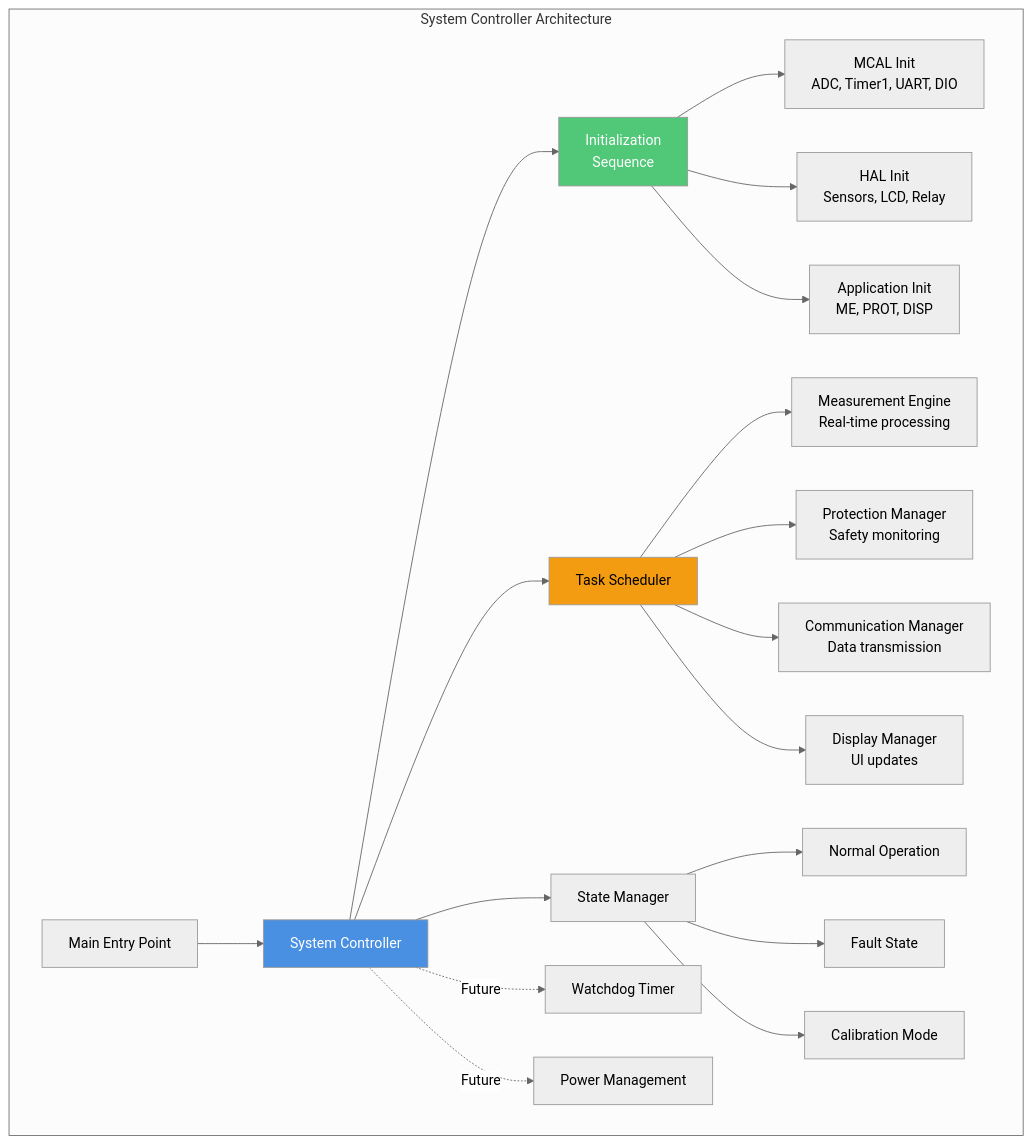
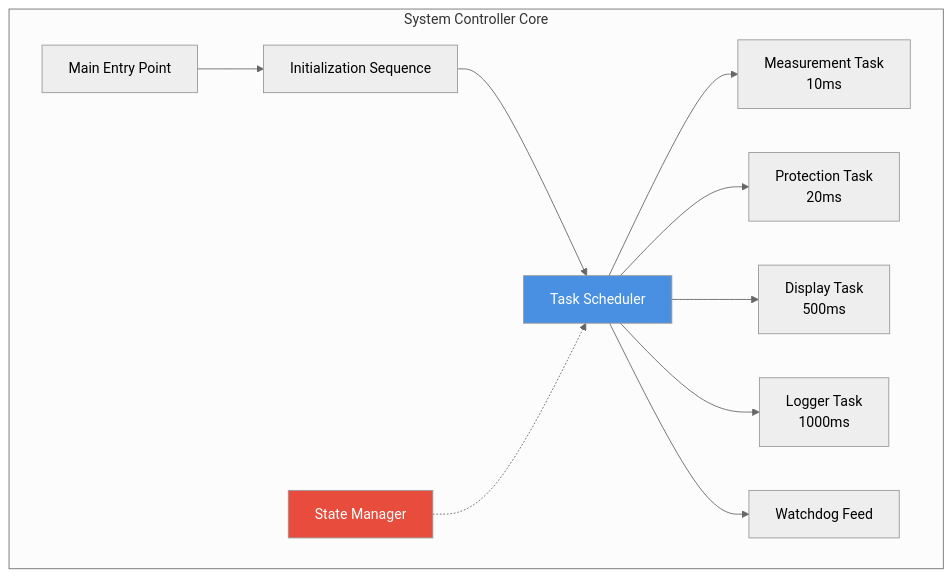
One commit to Gestell-Solution/Smart_Energy_Management_System changed the first of 2 diagrams in Doc/Embedded/New/06_ImplementationDoc/Software_Layers/Application_Layer/System_Controller/System_Controller.md. Above: the diagram before and after it, drawn with Mermaid (neutral theme). The commit also changed other lines of this file and 30 other files, not shown here.

Commit message:
Docs: Align Software Layers (MCAL/HAL/App) with SRS and LLD - Add Traceability Matrices

````diff
--- a/Doc/Embedded/New/06_ImplementationDoc/Software_Layers/Application_Layer/System_Controller/System_Controller.md
+++ b/Doc/Embedded/New/06_ImplementationDoc/Software_Layers/Application_Layer/System_Controller/System_Controller.md
@@ -28,30 +67,19 @@
 ```mermaid
 graph TB
-    subgraph "System Controller Architecture"
-        MAIN[Main Entry Point] --> SYSCTRL[System Controller]
+    subgraph "System Controller Core"
+        MAIN[Main Entry Point] --> INIT[Initialization Sequence]
+        INIT --> SCHED[Task Scheduler]
 
-        SYSCTRL --> INIT[Initialization<br/>Sequence]
-        SYSCTRL --> TASK[Task Scheduler]
-        SYSCTRL --> STATE[State Manager]
+        SCHED --> MATCH_TASK[Measurement Task<br/>10ms]
+        SCHED --> PROT_TASK[Protection Task<br/>20ms]
+        SCHED --> DISP_TASK[Display Task<br/>500ms]
+        SCHED --> LOG_TASK[Logger Task<br/>1000ms]
 
-        INIT --> MCAL_INIT[MCAL Init<br/>ADC, Timer1, UART, DIO]
-        INIT --> HAL_INIT[HAL Init<br/>Sensors, LCD, Relay]
-        INIT --> APP_INIT[Application Init<br/>ME, PROT, DISP]
+        SCHED --> WDT[Watchdog Feed]
 
-        TASK --> ME_TASK[Measurement Engine<br/>Real-time processing]
-        TASK --> PROT_TASK[Protection Manager<br/>Safety monitoring]
-        TASK --> COMM_TASK[Communication Manager<br/>Data transmission]
-        TASK --> DISP_TASK[Display Manager<br/>UI updates]
-
-        STATE --> NORMAL[Normal Operation]
-        STATE --> FAULT[Fault State]
-        STATE --> CALIB[Calibration Mode]
-
-        SYSCTRL -.->|Future| WDT[Watchdog Timer]
-        SYSCTRL -.->|Future| PWR[Power Management]
+        STATE[State Manager] -.-> SCHED
     end
 
-    style SYSCTRL fill:#4A90E2,color:#fff
-    style INIT fill:#50C878,color:#fff
-    style TASK fill:#F39C12,color:#000
+    style SCHED fill:#4A90E2,color:#fff
+    style STATE fill:#E74C3C,color:#fff
 ```
````
